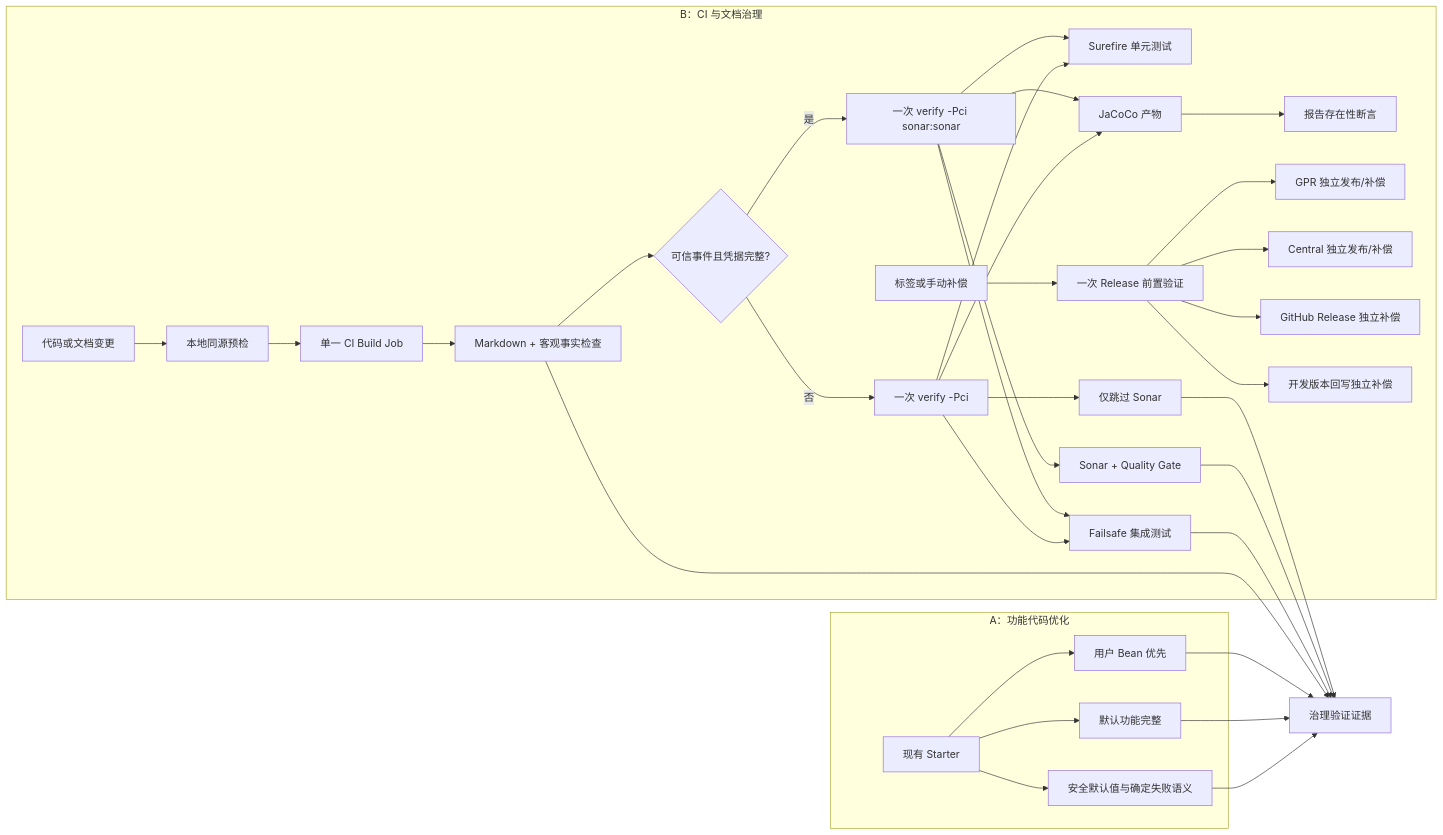
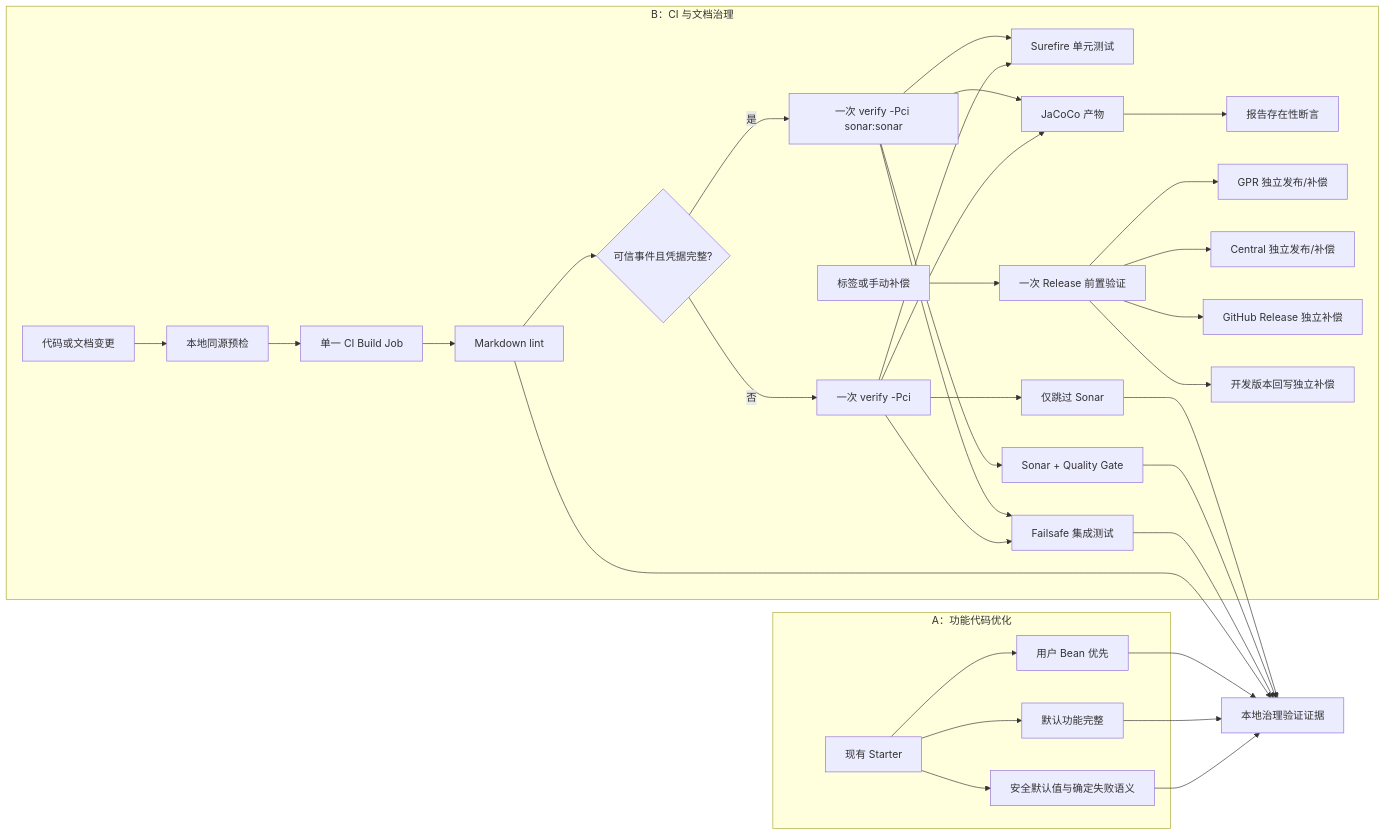
Before and after one commit to Yggdrasil-Labs/mimir-boot: the diagram in docs/active/v2.1.2/project-governance/design.md, drawn with Mermaid. The commit also changed other lines of this file and 8 other files, not shown here.

````diff
--- a/docs/active/v2.1.2/project-governance/design.md
+++ b/docs/active/v2.1.2/project-governance/design.md
@@ -50,40 +52,40 @@
 ```mermaid
 flowchart LR
     subgraph B["B：CI 与文档治理"]
     Change["代码或文档变更"] --> Local["本地同源预检"]
     Local --> CI["单一 CI Build Job"]
-    CI --> Docs["Markdown + 客观事实检查"]
-    Docs --> Sonar{"可信事件且凭据完整?"}
+    CI --> Markdown["Markdown lint"]
+    Markdown --> Sonar{"可信事件且凭据完整?"}
     Sonar -->|否| Maven["一次 verify -Pci"]
     Sonar -->|是| MavenSonar["一次 verify -Pci sonar:sonar"]
     Maven --> Unit["Surefire 单元测试"]
     MavenSonar --> Unit
     Maven --> IT["Failsafe 集成测试"]
     MavenSonar --> IT
     Maven --> Coverage["JaCoCo 产物"]
     MavenSonar --> Coverage
     Coverage --> Reports["报告存在性断言"]
     MavenSonar --> Analyze["Sonar + Quality Gate"]
     Maven --> Skip["仅跳过 Sonar"]
 
     Tag["标签或手动补偿"] --> Verify["一次 Release 前置验证"]
     Verify --> GPR["GPR 独立发布/补偿"]
     Verify --> Central["Central 独立发布/补偿"]
     Verify --> GitHubRelease["GitHub Release 独立补偿"]
     Verify --> UpdateDev["开发版本回写独立补偿"]
     end
 
     subgraph A["A：功能代码优化"]
     Runtime["现有 Starter"] --> Safe["安全默认值与确定失败语义"]
     Runtime --> Complete["默认功能完整"]
     Runtime --> Override["用户 Bean 优先"]
     end
 
-    Docs --> Evidence["治理验证证据"]
+    Markdown --> Evidence["本地治理验证证据"]
     IT --> Evidence
     Analyze --> Evidence
     Skip --> Evidence
     Safe --> Evidence
     Complete --> Evidence
     Override --> Evidence
 ```
````
